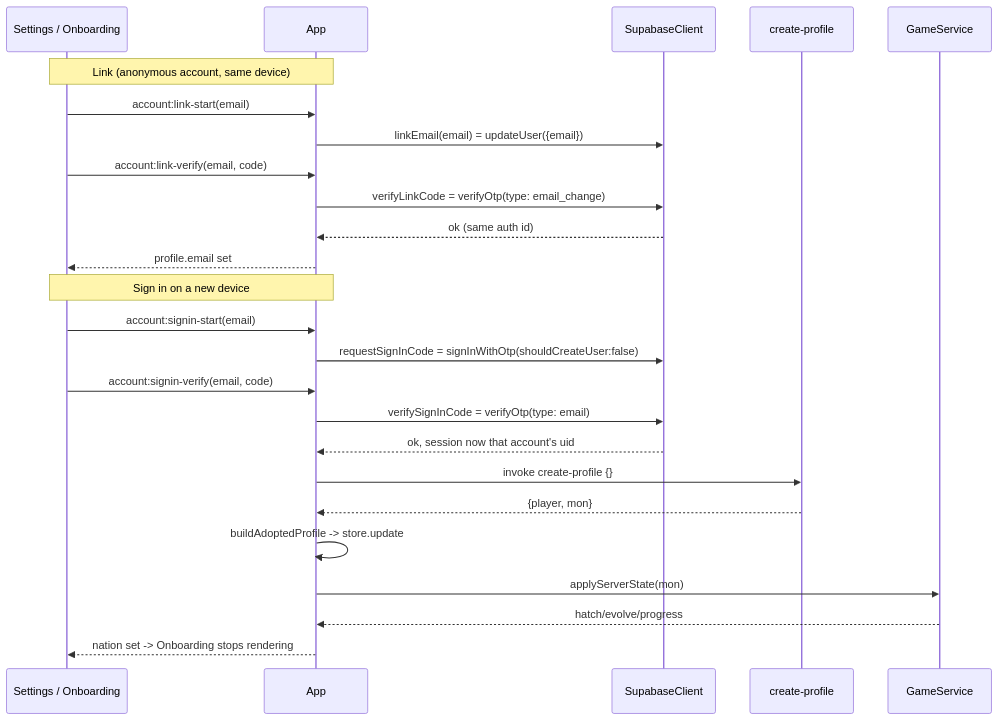
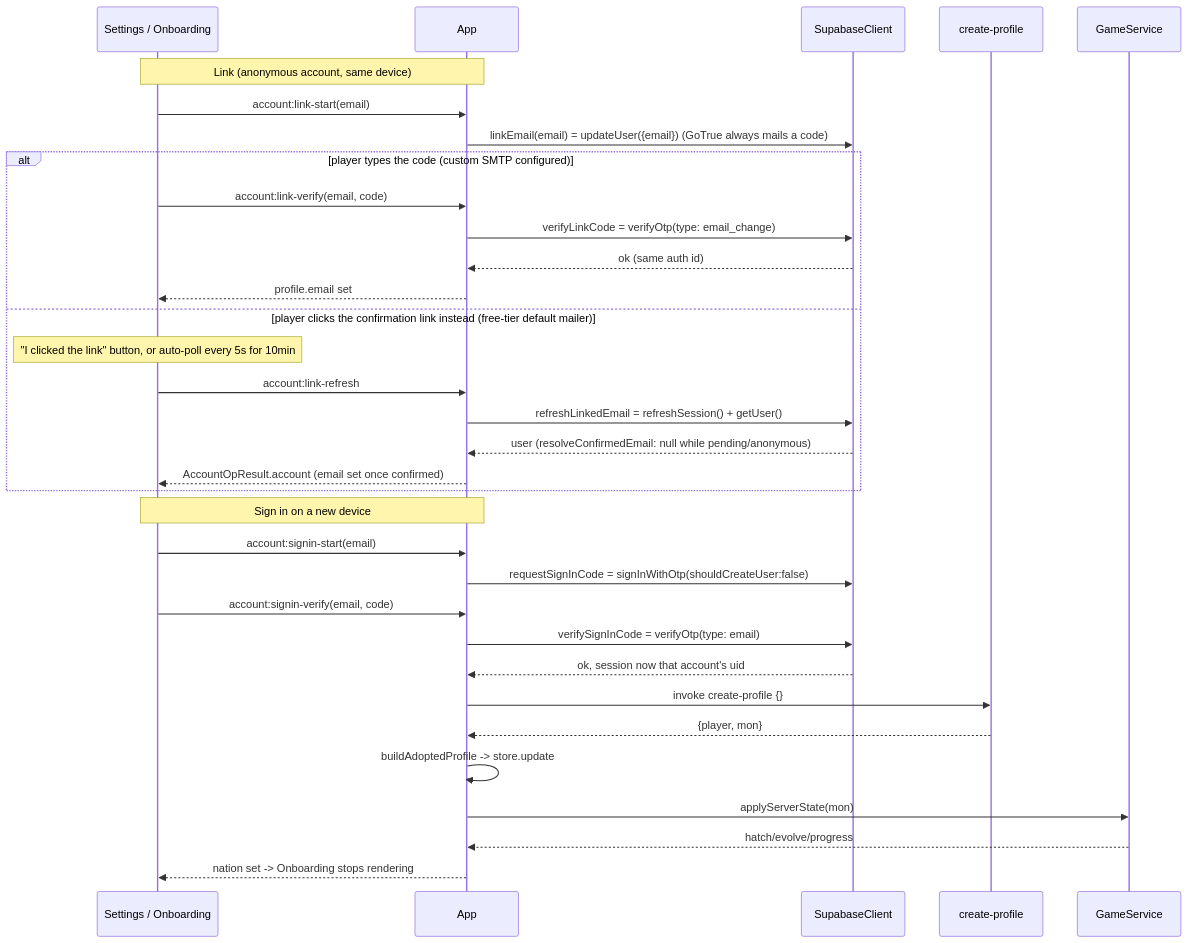
Before and after one commit to IcaruzSoftware/claude-mons: the diagram in docs/architecture/flows/account-linking.md, drawn with Mermaid. The commit also changed other lines of this file and 41 other files, not shown here.

````diff
--- a/docs/architecture/flows/account-linking.md
+++ b/docs/architecture/flows/account-linking.md
@@ -116,29 +116,37 @@
 ```mermaid
 sequenceDiagram
     participant UI as Settings / Onboarding
     participant App
     participant SB as SupabaseClient
     participant CP as create-profile
     participant Game as GameService
 
     Note over UI,App: Link (anonymous account, same device)
     UI->>App: account:link-start(email)
-    App->>SB: linkEmail(email) = updateUser({email})
-    UI->>App: account:link-verify(email, code)
-    App->>SB: verifyLinkCode = verifyOtp(type: email_change)
-    SB-->>App: ok (same auth id)
-    App-->>UI: profile.email set
+    App->>SB: linkEmail(email) = updateUser({email}) (GoTrue always mails a code)
+    alt player types the code (custom SMTP configured)
+        UI->>App: account:link-verify(email, code)
+        App->>SB: verifyLinkCode = verifyOtp(type: email_change)
+        SB-->>App: ok (same auth id)
+        App-->>UI: profile.email set
+    else player clicks the confirmation link instead (free-tier default mailer)
+        Note over UI: "I clicked the link" button, or auto-poll every 5s for 10min
+        UI->>App: account:link-refresh
+        App->>SB: refreshLinkedEmail = refreshSession() + getUser()
+        SB-->>App: user (resolveConfirmedEmail: null while pending/anonymous)
+        App-->>UI: AccountOpResult.account (email set once confirmed)
+    end
 
     Note over UI,App: Sign in on a new device
     UI->>App: account:signin-start(email)
     App->>SB: requestSignInCode = signInWithOtp(shouldCreateUser:false)
     UI->>App: account:signin-verify(email, code)
     App->>SB: verifySignInCode = verifyOtp(type: email)
     SB-->>App: ok, session now that account's uid
     App->>CP: invoke create-profile {}
     CP-->>App: {player, mon}
     App->>App: buildAdoptedProfile -> store.update
     App->>Game: applyServerState(mon)
     Game-->>App: hatch/evolve/progress
     App-->>UI: nation set -> Onboarding stops rendering
 ```
````
